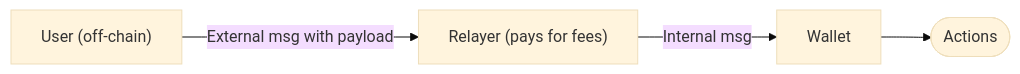
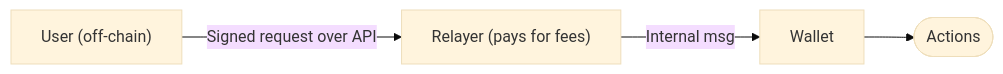
Before and after one commit to ton-blockchain/docs: the second of 2 diagrams in content/contracts/standard/wallets/gasless.mdx, drawn with Mermaid (base theme). The commit also changed other lines of this file and 40 other files, not shown here.

````diff
--- a/content/contracts/standard/wallets/gasless.mdx
+++ b/content/contracts/standard/wallets/gasless.mdx
@@ -34,4 +34,4 @@
 ```mermaid
 flowchart LR
-  U2["User (off-chain)"] -->|External msg with payload| R["Relayer (pays for fees)"] -->|Internal msg| W2[Wallet] --> A2([Actions])
+  U2["User (off-chain)"] -->|Signed request over API| R["Relayer (pays for fees)"] -->|Internal msg| W2[Wallet] --> A2([Actions])
 ```
````
